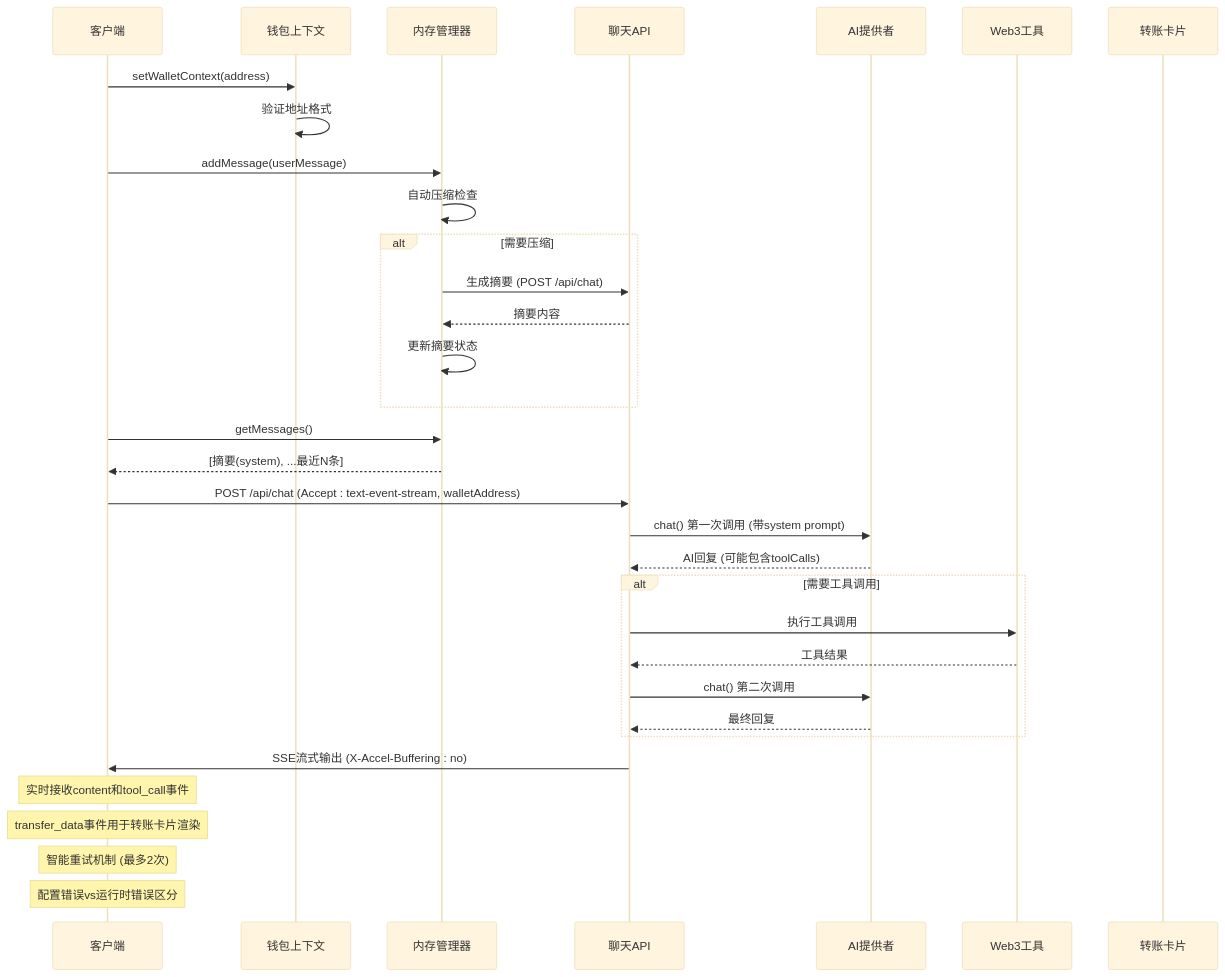
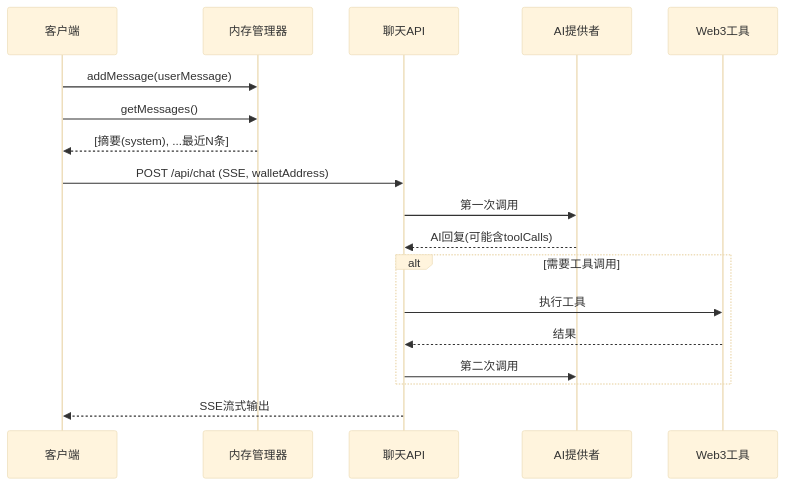
Before and after one commit to CryptoLinxu/Web3-AI-Agent-WebSite: the diagram in content/wiki/06-UI组件与特性/01-SSE流式聊天.md, drawn with Mermaid (base theme). The commit also changed other lines of this file and 59 other files, not shown here.

````diff
--- a/content/wiki/06-UI组件与特性/01-SSE流式聊天.md
+++ b/content/wiki/06-UI组件与特性/01-SSE流式聊天.md
@@ -214,35 +9,20 @@
 ```mermaid
 sequenceDiagram
-participant Client as 客户端
-participant WalletContext as 钱包上下文
-participant MemoryManager as 内存管理器
-participant API as 聊天API
-participant Provider as AI提供者
-participant Tools as Web3工具
-participant TransferCard as 转账卡片
-Client->>WalletContext : setWalletContext(address)
-WalletContext->>WalletContext : 验证地址格式
-Client->>MemoryManager : addMessage(userMessage)
-MemoryManager->>MemoryManager : 自动压缩检查
-alt 需要压缩
-MemoryManager->>API : 生成摘要 (POST /api/chat)
-API-->>MemoryManager : 摘要内容
-MemoryManager->>MemoryManager : 更新摘要状态
-end
-Client->>MemoryManager : getMessages()
-MemoryManager-->>Client : [摘要(system), ...最近N条]
-Client->>API : POST /api/chat (Accept : text-event-stream, walletAddress)
-API->>Provider : chat() 第一次调用 (带system prompt)
-Provider-->>API : AI回复 (可能包含toolCalls)
-alt 需要工具调用
-API->>Tools : 执行工具调用
-Tools-->>API : 工具结果
-API->>Provider : chat() 第二次调用
-Provider-->>API : 最终回复
-end
-API->>Client : SSE流式输出 (X-Accel-Buffering : no)
-Note over Client : 实时接收content和tool_call事件
-Note over Client : transfer_data事件用于转账卡片渲染
-Note over Client : 智能重试机制 (最多2次)
-Note over Client : 配置错误vs运行时错误区分
+    participant Client as 客户端
+    participant Memory as 内存管理器
+    participant API as 聊天API
+    participant Provider as AI提供者
+    participant Tools as Web3工具
+    Client->>Memory : addMessage(userMessage)
+    Client->>Memory : getMessages()
+    Memory-->>Client : [摘要(system), ...最近N条]
+    Client->>API : POST /api/chat (SSE, walletAddress)
+    API->>Provider : 第一次调用
+    Provider-->>API : AI回复(可能含toolCalls)
+    alt 需要工具调用
+        API->>Tools : 执行工具
+        Tools-->>API : 结果
+        API->>Provider : 第二次调用
+    end
+    API-->>Client : SSE流式输出
 ```
````
